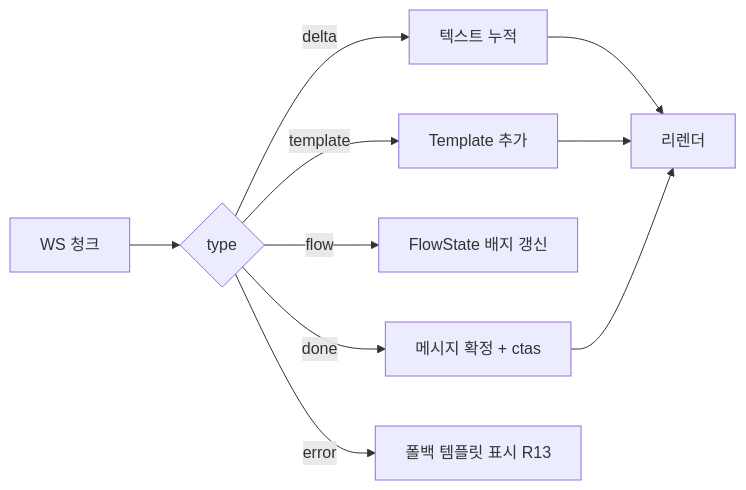
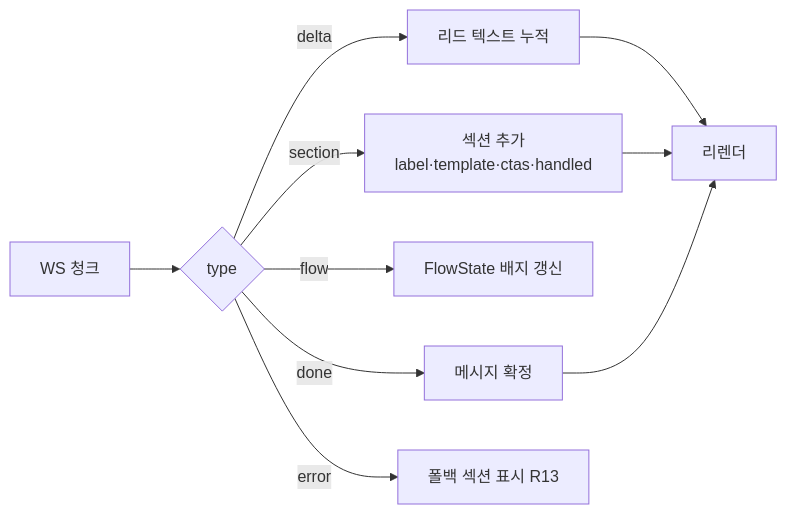
Diagram 25 of 28 in docs/diagrams.md (92LEEJUN/rubicon-3), drawn with Mermaid before and after one commit. The commit also changed 4 other files, not shown here.

````diff
--- a/docs/diagrams.md
+++ b/docs/diagrams.md
@@ -553,12 +553,12 @@
 ```mermaid
 flowchart LR
   WS[WS 청크] --> D{type}
-  D -->|delta| ACC[텍스트 누적]
-  D -->|template| TPL[Template 추가]
+  D -->|delta| ACC[리드 텍스트 누적]
+  D -->|section| SEC[섹션 추가<br/>label·template·ctas·handled]
   D -->|flow| FL[FlowState 배지 갱신]
-  D -->|done| FIN[메시지 확정 + ctas]
-  D -->|error| FB[폴백 템플릿 표시 R13]
+  D -->|done| FIN[메시지 확정]
+  D -->|error| FB[폴백 섹션 표시 R13]
   ACC --> RENDER[리렌더]
-  TPL --> RENDER
+  SEC --> RENDER
   FIN --> RENDER
 ```
````
